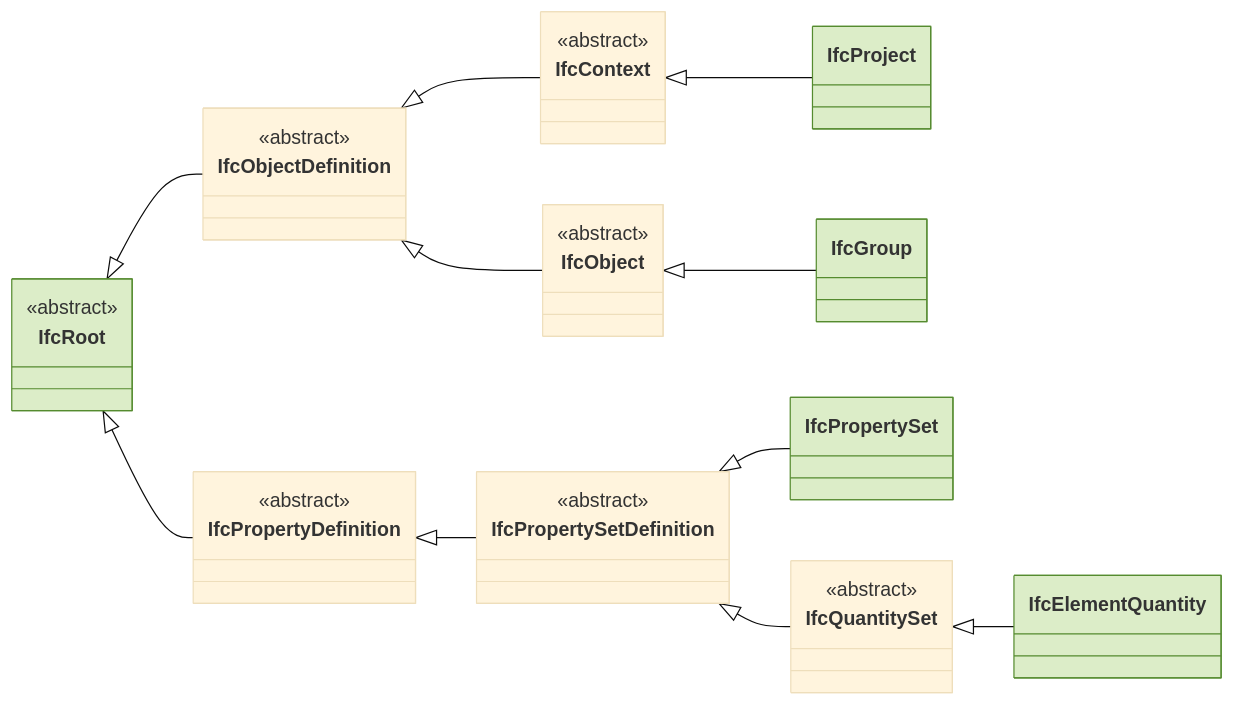
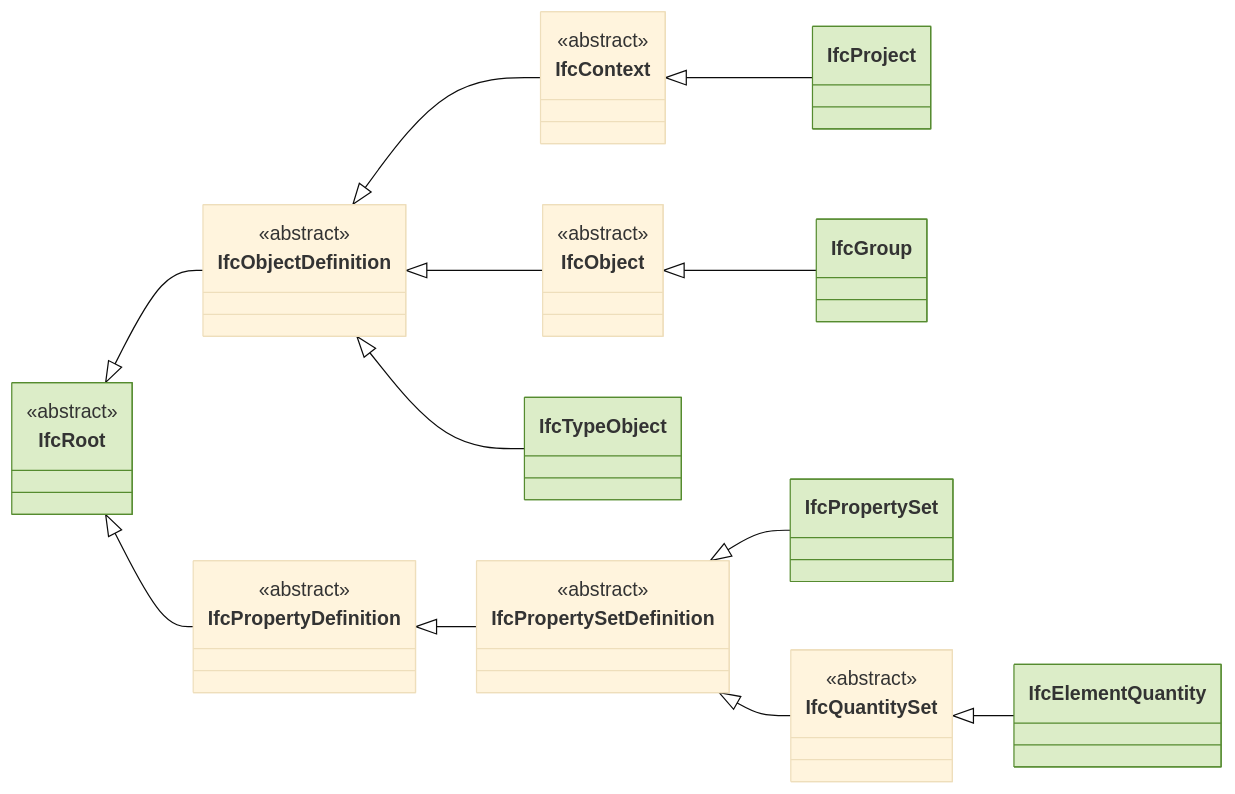
One commit to fabiologe/quagg_page_public changed the tenth of 10 diagrams in docs/ifc/entities-genutzt.md. Above: the diagram before and after it, drawn with Mermaid (base theme). The commit also changed other lines of this file and 10 other files, not shown here.

````diff
--- a/docs/ifc/entities-genutzt.md
+++ b/docs/ifc/entities-genutzt.md
@@ -251,26 +251,28 @@
 ```mermaid
 classDiagram
   direction LR
   IfcContext <|-- IfcProject
   IfcObject <|-- IfcGroup
   IfcObjectDefinition <|-- IfcContext
   IfcObjectDefinition <|-- IfcObject
+  IfcObjectDefinition <|-- IfcTypeObject
   IfcPropertyDefinition <|-- IfcPropertySetDefinition
   IfcPropertySetDefinition <|-- IfcPropertySet
   IfcPropertySetDefinition <|-- IfcQuantitySet
   IfcQuantitySet <|-- IfcElementQuantity
   IfcRoot <|-- IfcObjectDefinition
   IfcRoot <|-- IfcPropertyDefinition
   <<abstract>> IfcContext
   <<abstract>> IfcObject
   <<abstract>> IfcObjectDefinition
   <<abstract>> IfcPropertyDefinition
   <<abstract>> IfcPropertySetDefinition
   <<abstract>> IfcQuantitySet
   <<abstract>> IfcRoot
   style IfcElementQuantity fill:#dcedc8,stroke:#558b2f
   style IfcGroup fill:#dcedc8,stroke:#558b2f
   style IfcProject fill:#dcedc8,stroke:#558b2f
   style IfcPropertySet fill:#dcedc8,stroke:#558b2f
   style IfcRoot fill:#dcedc8,stroke:#558b2f
+  style IfcTypeObject fill:#dcedc8,stroke:#558b2f
 ```
````
